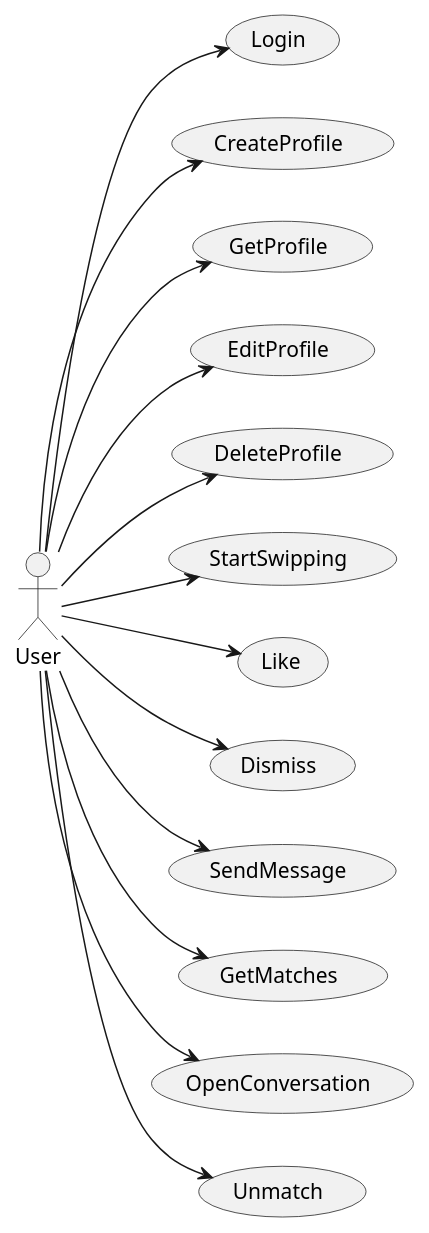
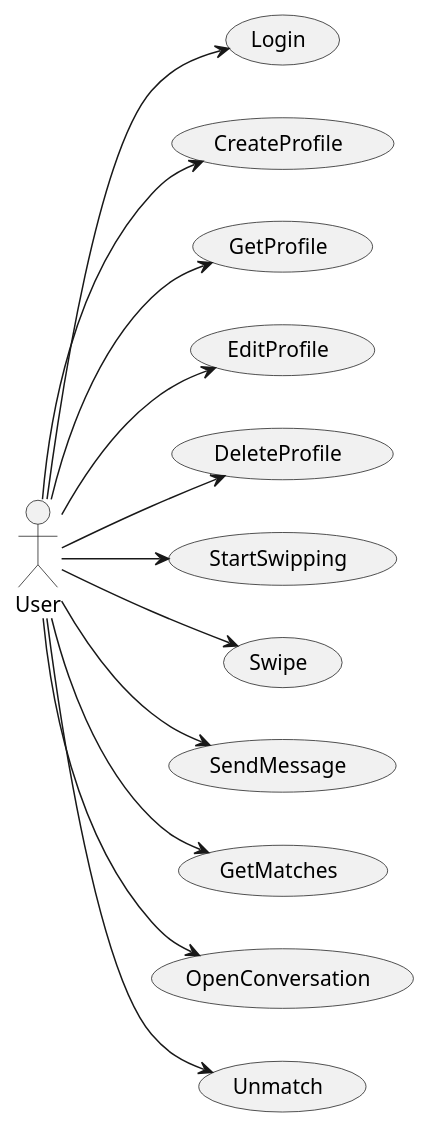
One commit to fraylopez/tinder changed the diagram in docs/src/use-cases/ main.puml. Above: the diagram before and after it, drawn with PlantUML. The commit also changed 3 other files, not shown here.

```diff
--- a/docs/src/use-cases/ main.puml
+++ b/docs/src/use-cases/ main.puml
@@ -1,35 +1,33 @@
 @startuml
 left to right direction
 
 actor User
 
 usecase Login
 usecase CreateProfile 
 usecase GetProfile 
 usecase EditProfile 
 usecase DeleteProfile 
 usecase StartSwipping
-usecase Like
-usecase Dismiss
+usecase Swipe
 usecase SendMessage
 usecase GetMatches
 usecase OpenConversation
 usecase Unmatch
 
 
 User --> Login
 User --> CreateProfile
 User --> DeleteProfile
 User --> EditProfile
 User --> GetProfile
 User --> SendMessage
 User --> OpenConversation
 User --> GetMatches
 User --> Unmatch
 User --> StartSwipping
-User --> Like
-User --> Dismiss
+User --> Swipe
 
 
 
 @enduml
```
